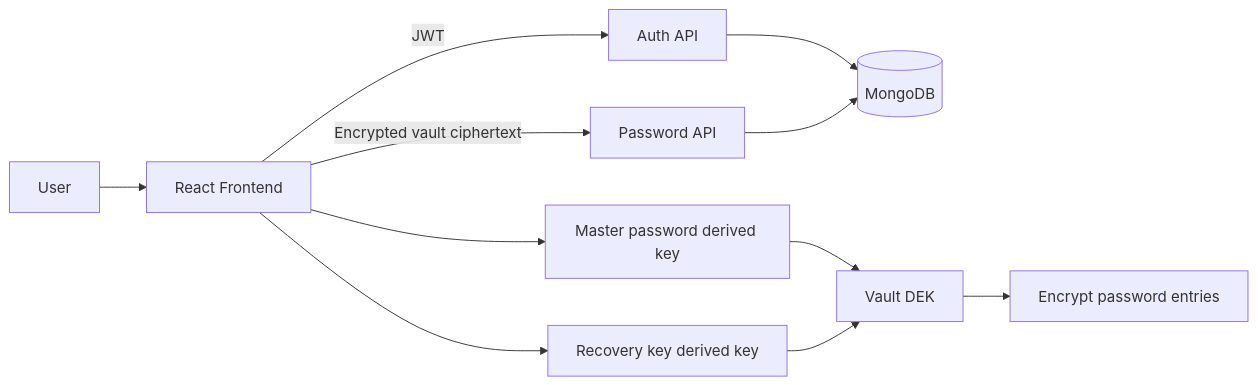
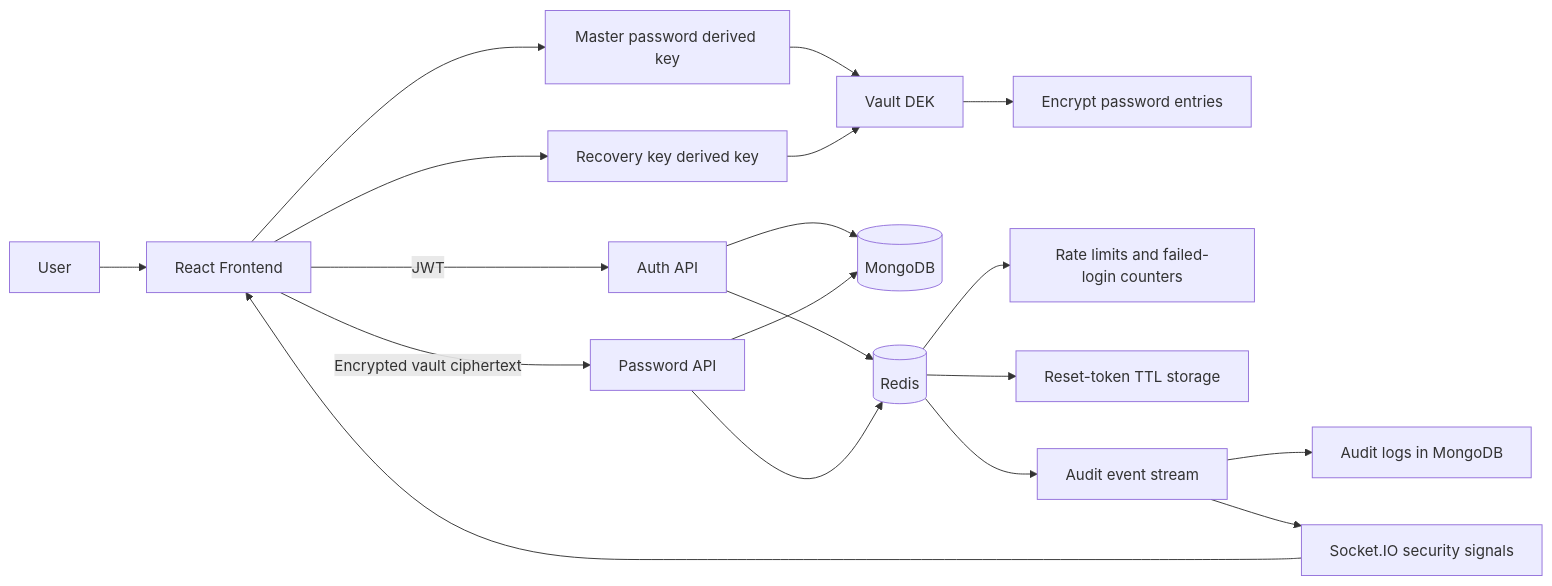
Before and after one commit to riddhijain1509/Keymate: the first of 4 diagrams in docs/architecture.md, drawn with Mermaid. The commit also changed other lines of this file and 22 other files, not shown here.

Commit message:
feat: adding live secrity signals sing redis and web socket

````diff
--- a/docs/architecture.md
+++ b/docs/architecture.md
@@ -14,14 +16,22 @@
 ```mermaid
 flowchart LR
   U[User] --> F[React Frontend]
   F -->|JWT| A[Auth API]
   F -->|Encrypted vault ciphertext| P[Password API]
+  A --> R[(Redis)]
+  P --> R
   A --> DB[(MongoDB)]
   P --> DB
 
   F --> K1[Master password derived key]
   F --> K2[Recovery key derived key]
   K1 --> DEK[Vault DEK]
   K2 --> DEK
   DEK --> ENC[Encrypt password entries]
+  R --> RL[Rate limits and failed-login counters]
+  R --> RS[Reset-token TTL storage]
+  R --> AS[Audit event stream]
+  AS --> AL[Audit logs in MongoDB]
+  AS --> SG[Socket.IO security signals]
+  SG --> F
 ```
````
